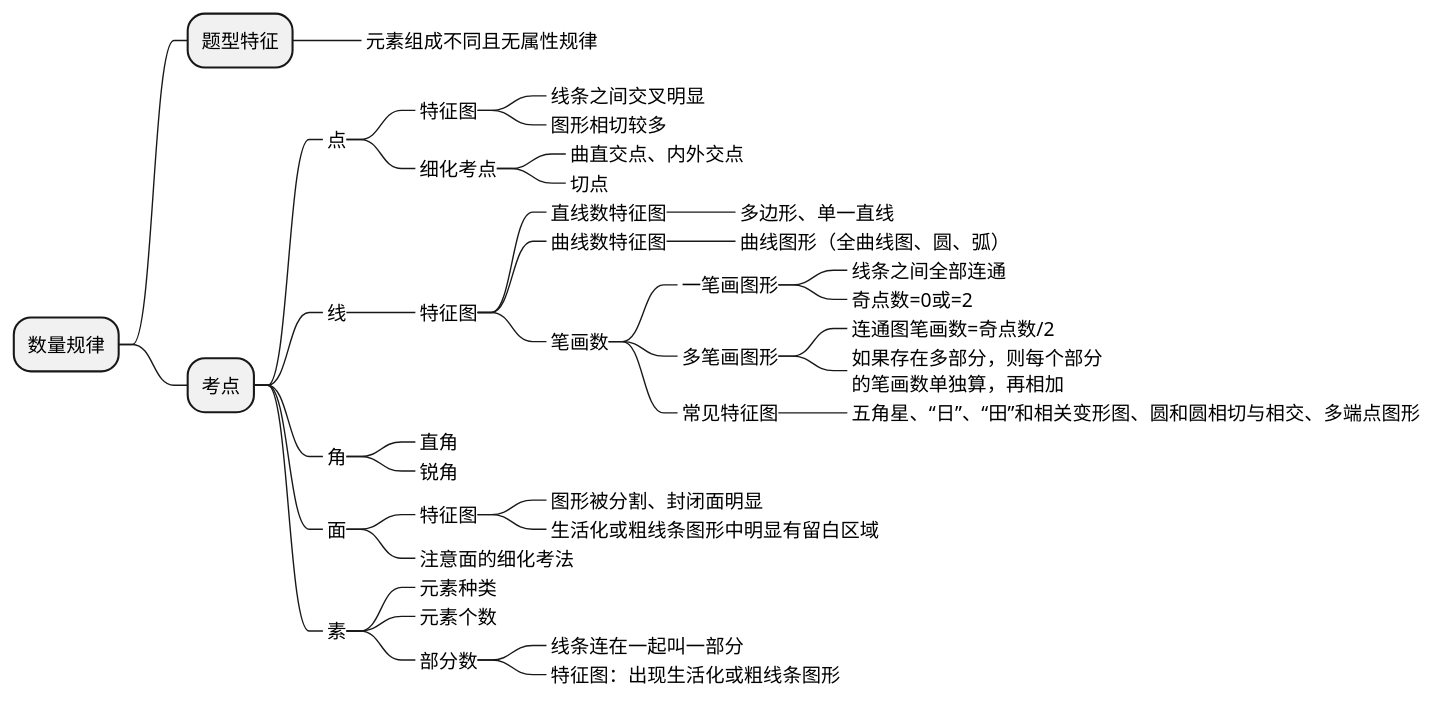
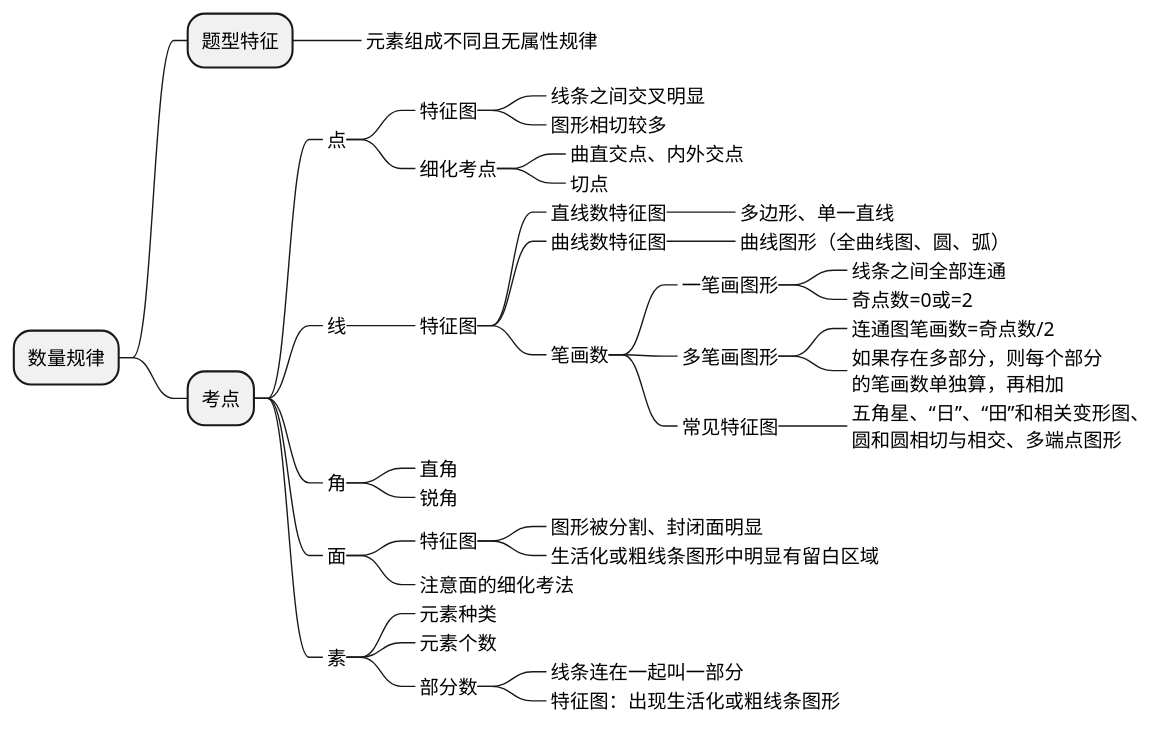
One commit to holmofy/blog.hufeifei.cn changed the fourth of 8 diagrams in source/_posts/math/gongkao-tuili.md. Above: the diagram before and after it, drawn with PlantUML. The commit also changed other lines of this file, not shown here.

````diff
--- a/source/_posts/math/gongkao-tuili.md
+++ b/source/_posts/math/gongkao-tuili.md
@@ -99,44 +99,44 @@
 ```puml
 @startmindmap
 * 数量规律
 ** 题型特征
 ***_ 元素组成不同且无属性规律
 ** 考点
 ***_ 点
 ****_ 特征图
 *****_ 线条之间交叉明显
 *****_ 图形相切较多
 ****_ 细化考点
 *****_ 曲直交点、内外交点
 *****_ 切点
 ***_ 线
 ****_ 特征图
 *****_ 直线数特征图
 ******_ 多边形、单一直线
 *****_ 曲线数特征图
 ******_ 曲线图形（全曲线图、圆、弧）
 *****_ 笔画数
 ******_ 一笔画图形
 *******_ 线条之间全部连通
 *******_ 奇点数=0或=2
 ******_ 多笔画图形
 *******_ 连通图笔画数=奇点数/2
 *******_ 如果存在多部分，则每个部分\n的笔画数单独算，再相加
 ******_ 常见特征图
-*******_ 五角星、“日”、“田”和相关变形图、圆和圆相切与相交、多端点图形
+*******_ 五角星、“日”、“田”和相关变形图、\n圆和圆相切与相交、多端点图形
 ***_ 角
 ****_ 直角
 ****_ 锐角
 ***_ 面
 ****_ 特征图
 *****_ 图形被分割、封闭面明显
 *****_ 生活化或粗线条图形中明显有留白区域
 ****_ 注意面的细化考法
 ***_ 素
 ****_ 元素种类
 ****_ 元素个数
 ****_ 部分数
 *****_ 线条连在一起叫一部分
 *****_ 特征图：出现生活化或粗线条图形
 @endmindmap
 ```
````
